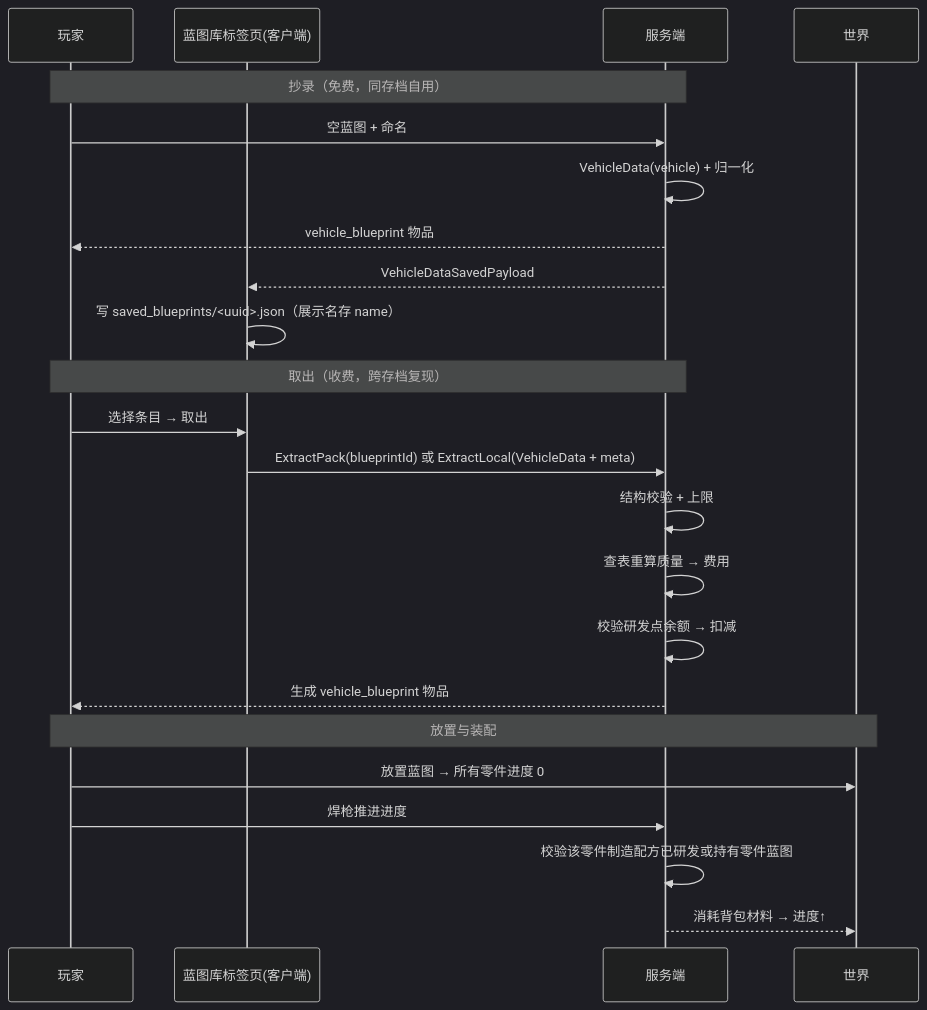
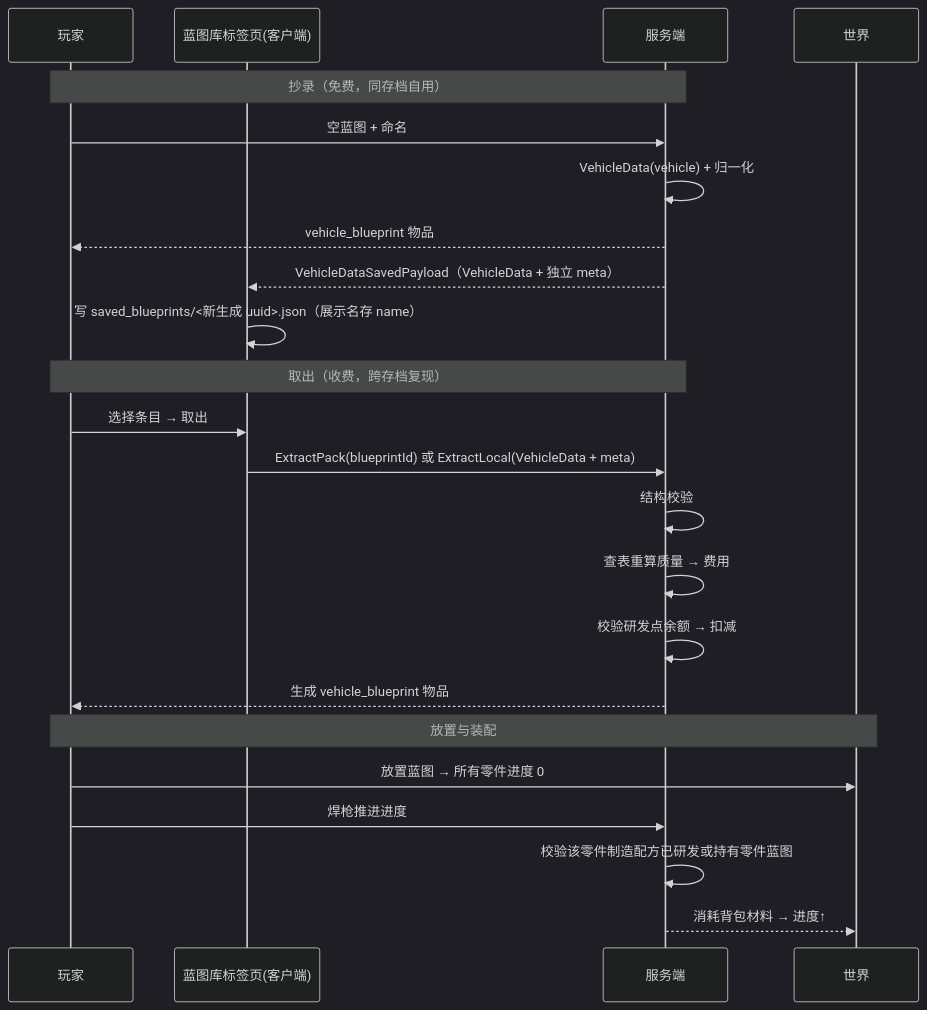
The second of 3 diagrams in docs/蓝图库-玩家设计保存与取用设计.md (Sweetzonzi/Machine-Max), drawn with Mermaid (dark theme) before and after one commit. The commit also changed other lines of this file and 43 other files, not shown here.

````diff
--- a/docs/蓝图库-玩家设计保存与取用设计.md
+++ b/docs/蓝图库-玩家设计保存与取用设计.md
@@ -126,28 +132,28 @@
 ```mermaid
 sequenceDiagram
   participant P as 玩家
   participant U as 蓝图库标签页(客户端)
   participant S as 服务端
   participant W as 世界
 
   Note over P,S: 抄录（免费，同存档自用）
   P->>S: 空蓝图 + 命名
   S->>S: VehicleData(vehicle) + 归一化
   S-->>P: vehicle_blueprint 物品
-  S-->>U: VehicleDataSavedPayload
-  U->>U: 写 saved_blueprints/<uuid>.json（展示名存 name）
+  S-->>U: VehicleDataSavedPayload（VehicleData + 独立 meta）
+  U->>U: 写 saved_blueprints/<新生成 uuid>.json（展示名存 name）
 
   Note over P,S: 取出（收费，跨存档复现）
   P->>U: 选择条目 → 取出
   U->>S: ExtractPack(blueprintId) 或 ExtractLocal(VehicleData + meta)
-  S->>S: 结构校验 + 上限
+  S->>S: 结构校验
   S->>S: 查表重算质量 → 费用
   S->>S: 校验研发点余额 → 扣减
   S-->>P: 生成 vehicle_blueprint 物品
 
   Note over P,W: 放置与装配
   P->>W: 放置蓝图 → 所有零件进度 0
   P->>S: 焊枪推进进度
   S->>S: 校验该零件制造配方已研发或持有零件蓝图
   S-->>W: 消耗背包材料 → 进度↑
 ```
````
